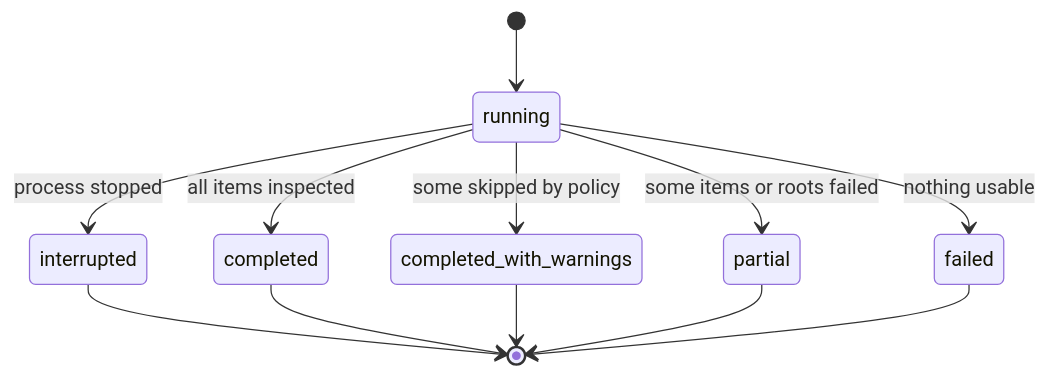
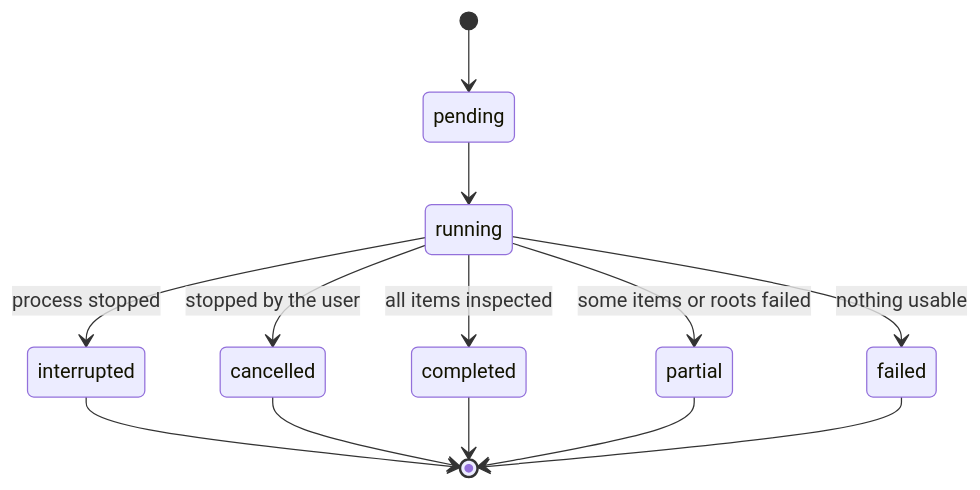
Before and after one commit to NikhilVijayakumar/Vyasa: the second of 2 diagrams in docs/requirements/local-index/diagrams.md, drawn with Mermaid. The commit also changed 16 other files, not shown here.

````diff
--- a/docs/requirements/local-index/diagrams.md
+++ b/docs/requirements/local-index/diagrams.md
@@ -35,14 +35,15 @@
 ```mermaid
 stateDiagram-v2
-  [*] --> running
+  [*] --> pending
+  pending --> running
   running --> completed: all items inspected
-  running --> completed_with_warnings: some skipped by policy
   running --> partial: some items or roots failed
   running --> failed: nothing usable
+  running --> cancelled: stopped by the user
   running --> interrupted: process stopped
   interrupted --> [*]
+  cancelled --> [*]
   completed --> [*]
-  completed_with_warnings --> [*]
   partial --> [*]
   failed --> [*]
 ```
````
